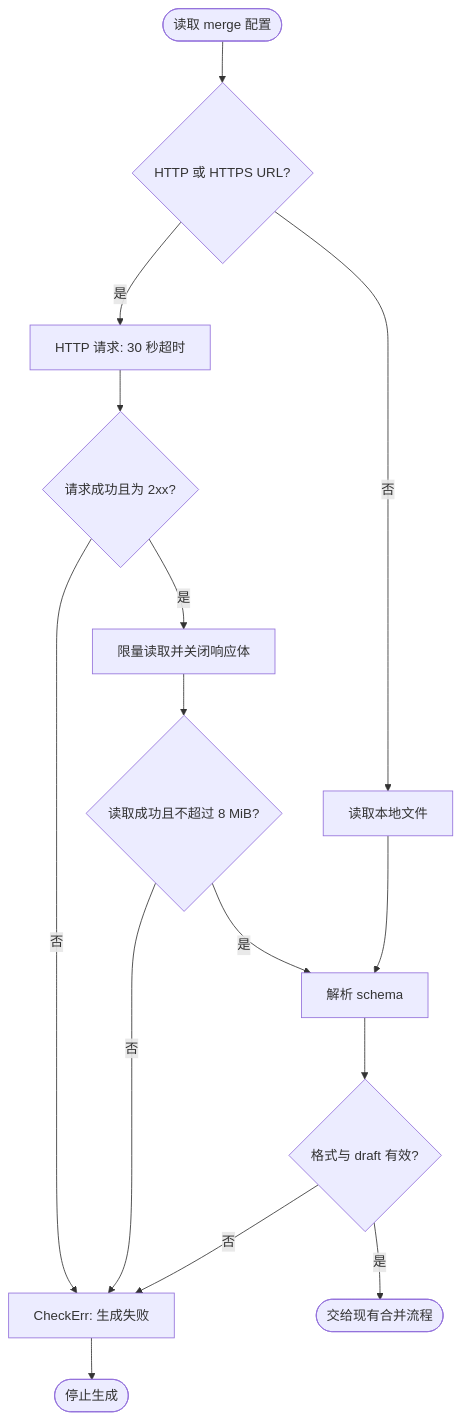
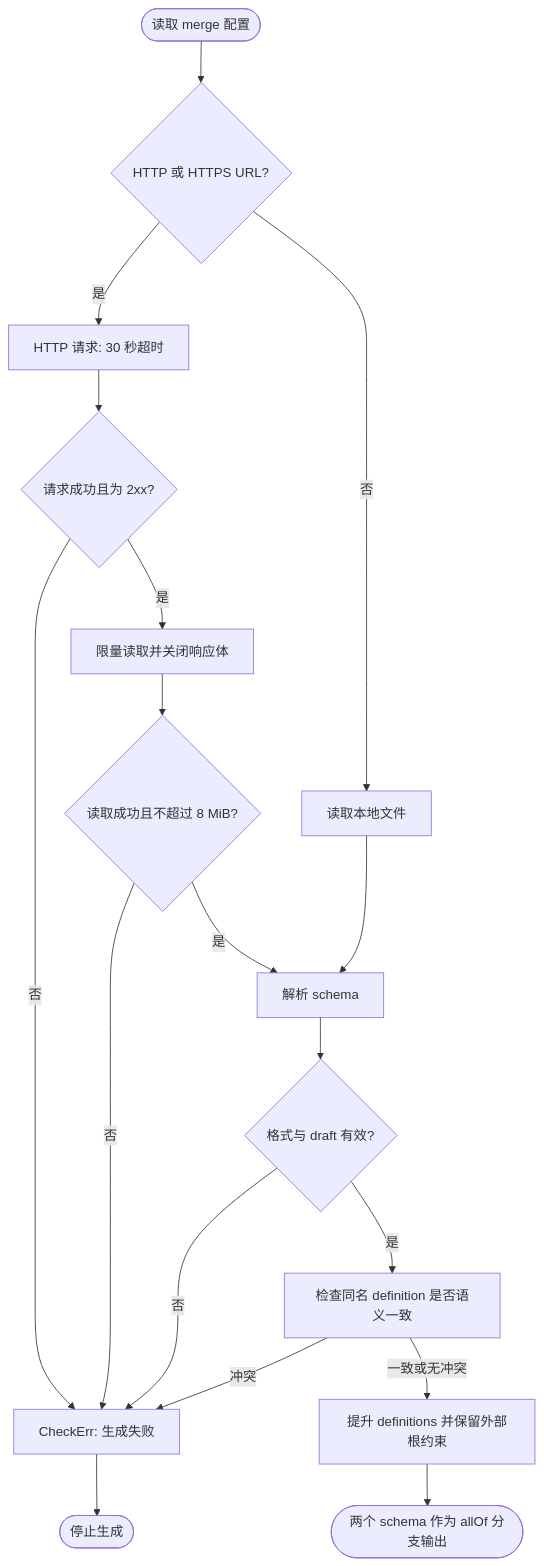
One commit to jaggerzhuang1994/kratos-foundation changed the third of 3 diagrams in cmd/protoc-gen-jsonschema/README.md. Above: the diagram before and after it, drawn with Mermaid. The commit also changed other lines of this file and 122 other files, not shown here.

````diff
--- a/cmd/protoc-gen-jsonschema/README.md
+++ b/cmd/protoc-gen-jsonschema/README.md
@@ -277,17 +279,20 @@
 ```mermaid
 flowchart TD
     A([读取 merge 配置]) --> B{HTTP 或 HTTPS URL?}
     B -- 否 --> C[读取本地文件]
     B -- 是 --> D[HTTP 请求: 30 秒超时]
     D --> E{请求成功且为 2xx?}
     E -- 否 --> X[CheckErr: 生成失败]
     E -- 是 --> F[限量读取并关闭响应体]
     F --> G{读取成功且不超过 8 MiB?}
     G -- 否 --> X
     G -- 是 --> H[解析 schema]
     C --> H
     H --> I{格式与 draft 有效?}
     I -- 否 --> X
-    I -- 是 --> J([交给现有合并流程])
+    I -- 是 --> J[检查同名 definition 是否语义一致]
+    J -- 冲突 --> X
+    J -- 一致或无冲突 --> L[提升 definitions 并保留外部根约束]
+    L --> M([两个 schema 作为 allOf 分支输出])
     X --> K([停止生成])
 ```
````
